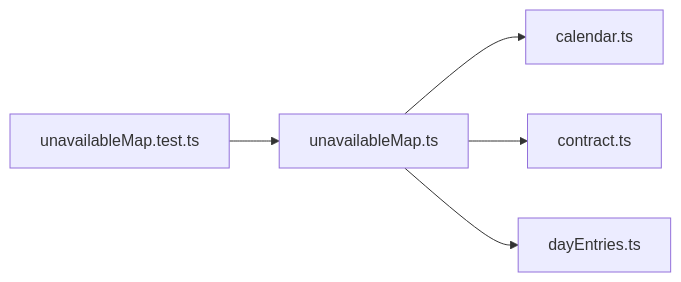
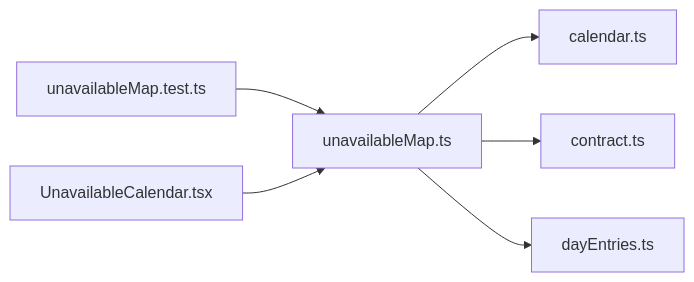
One commit to minkong-dev/Banblit changed the diagram in .cluedoc/graph/frontend/src/lib/unavailableMap.md. Above: the diagram before and after it, drawn with Mermaid. The commit also changed other lines of this file and 45 other files, not shown here.

First line of the commit message:
frontend: show unavailable times as a member calendar and a team heatmap

````diff
--- a/.cluedoc/graph/frontend/src/lib/unavailableMap.md
+++ b/.cluedoc/graph/frontend/src/lib/unavailableMap.md
@@ -10,8 +10,9 @@
 ```mermaid
 flowchart LR
   frontend_src_lib_unavailableMap["unavailableMap.ts"]
   frontend_src_lib_unavailableMap --> frontend_src_lib_calendar["calendar.ts"]
   frontend_src_lib_unavailableMap --> frontend_src_lib_contract["contract.ts"]
   frontend_src_lib_unavailableMap --> frontend_src_lib_dayEntries["dayEntries.ts"]
   frontend_src_lib_unavailableMap_test["unavailableMap.test.ts"] --> frontend_src_lib_unavailableMap
+  frontend_src_routes_UnavailableCalendar["UnavailableCalendar.tsx"] --> frontend_src_lib_unavailableMap
 ```
````
